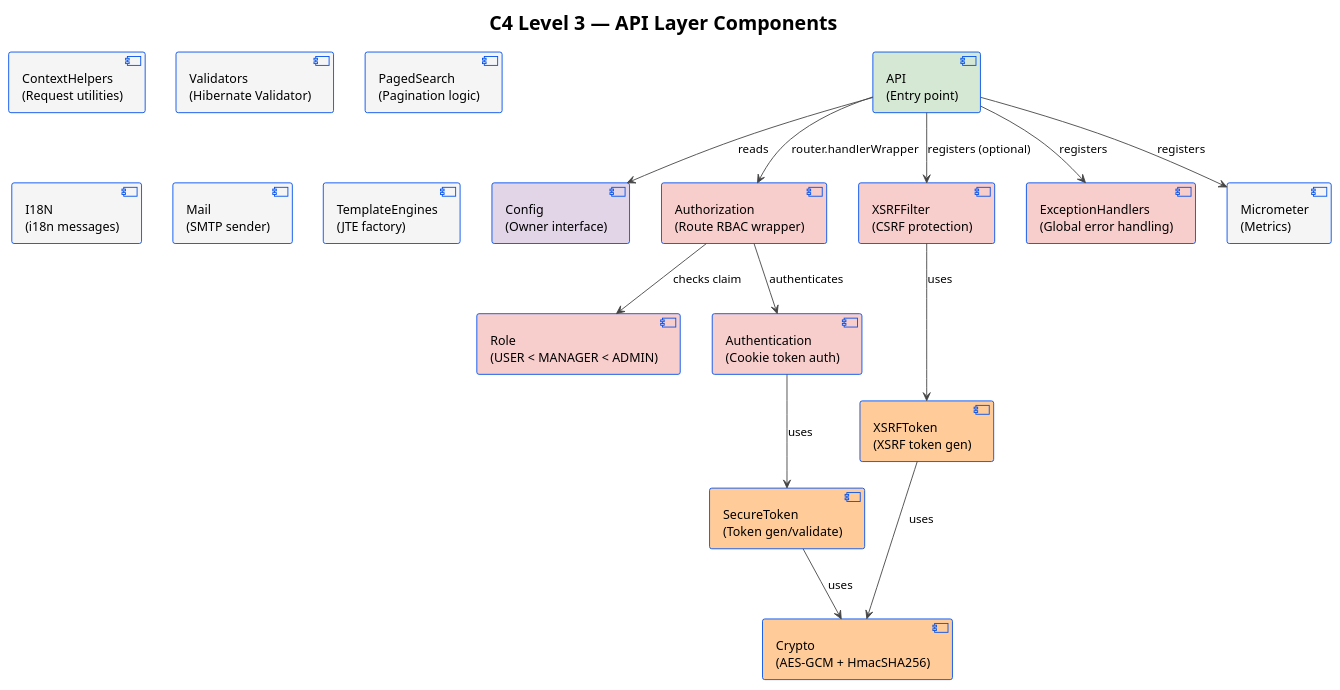
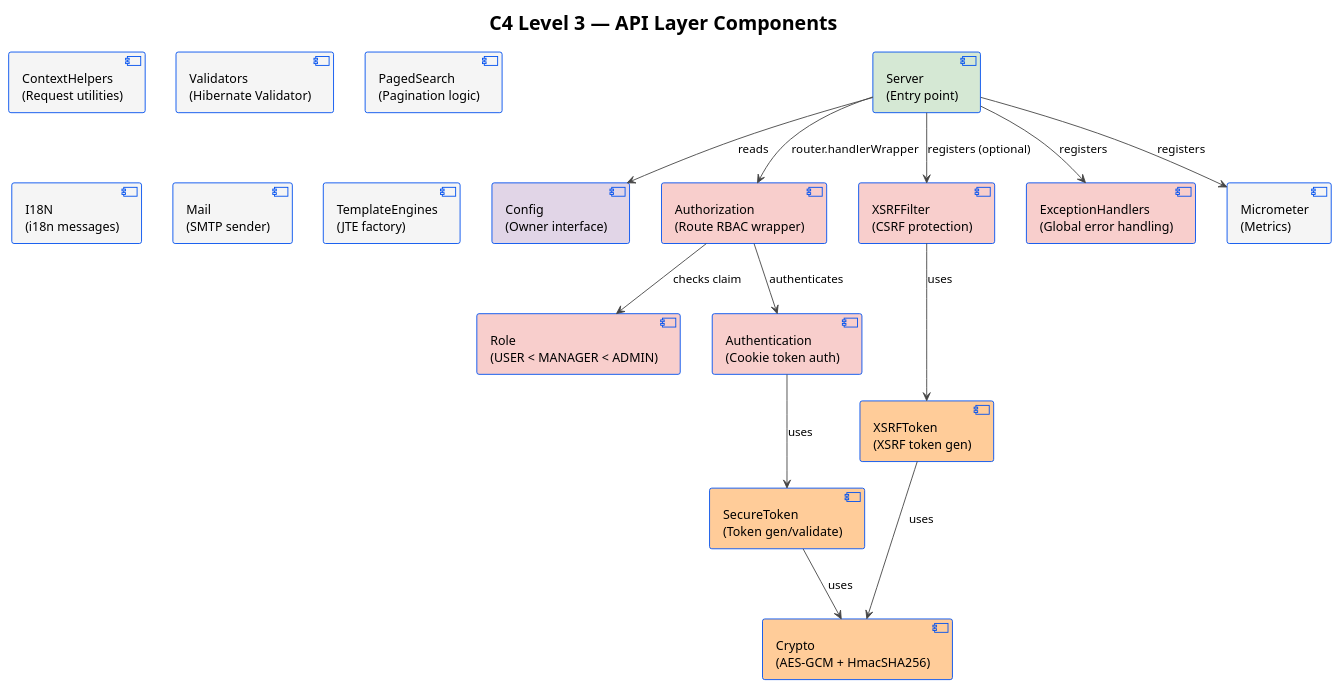
One commit to batzorigt/rest-api-template changed the third of 8 diagrams in docs/architecture.md. Above: the diagram before and after it, drawn with PlantUML. The commit also changed other lines of this file and 73 other files, not shown here.

First line of the commit message:
feat: Implement project consistency audit and API entry point rename

````diff
--- a/docs/architecture.md
+++ b/docs/architecture.md
@@ -145,44 +142,44 @@
 ```plantuml
 @startuml C4_Component_API
 !theme plain
 title C4 Level 3 — API Layer Components
 
 skinparam component {
   BorderColor #0050ef
   BackgroundColor #dce8ff
 }
 skinparam ArrowColor #444444
 
-component "API\n(Entry point)" as api #d5e8d4
+component "Server\n(Entry point)" as api #d5e8d4
 component "Config\n(Owner interface)" as config #e1d5e7
 component "Authorization\n(Route RBAC wrapper)" as authz #f8cecc
 component "Role\n(USER < MANAGER < ADMIN)" as role #f8cecc
 component "Authentication\n(Cookie token auth)" as auth #f8cecc
 component "XSRFFilter\n(CSRF protection)" as xsrf #f8cecc
 component "ExceptionHandlers\n(Global error handling)" as ex #f8cecc
 component "ContextHelpers\n(Request utilities)" as ctx #f5f5f5
 component "Validators\n(Hibernate Validator)" as val #f5f5f5
 component "PagedSearch\n(Pagination logic)" as paged #f5f5f5
 component "I18N\n(i18n messages)" as i18n #f5f5f5
 component "Micrometer\n(Metrics)" as micro #f5f5f5
 component "Crypto\n(AES-GCM + HmacSHA256)" as crypto #ffcc99
 component "SecureToken\n(Token gen/validate)" as token #ffcc99
 component "XSRFToken\n(XSRF token gen)" as xtoken #ffcc99
 component "Mail\n(SMTP sender)" as mail #f5f5f5
 component "TemplateEngines\n(JTE factory)" as tmpl #f5f5f5
 
 api --> config : "reads"
 api --> authz : "router.handlerWrapper"
 api --> xsrf : "registers (optional)"
 api --> ex : "registers"
 api --> micro : "registers"
 
 authz --> role : "checks claim"
 authz --> auth : "authenticates"
 auth --> token : "uses"
 xsrf --> xtoken : "uses"
 token --> crypto : "uses"
 xtoken --> crypto : "uses"
 
 @enduml
 ```
````
